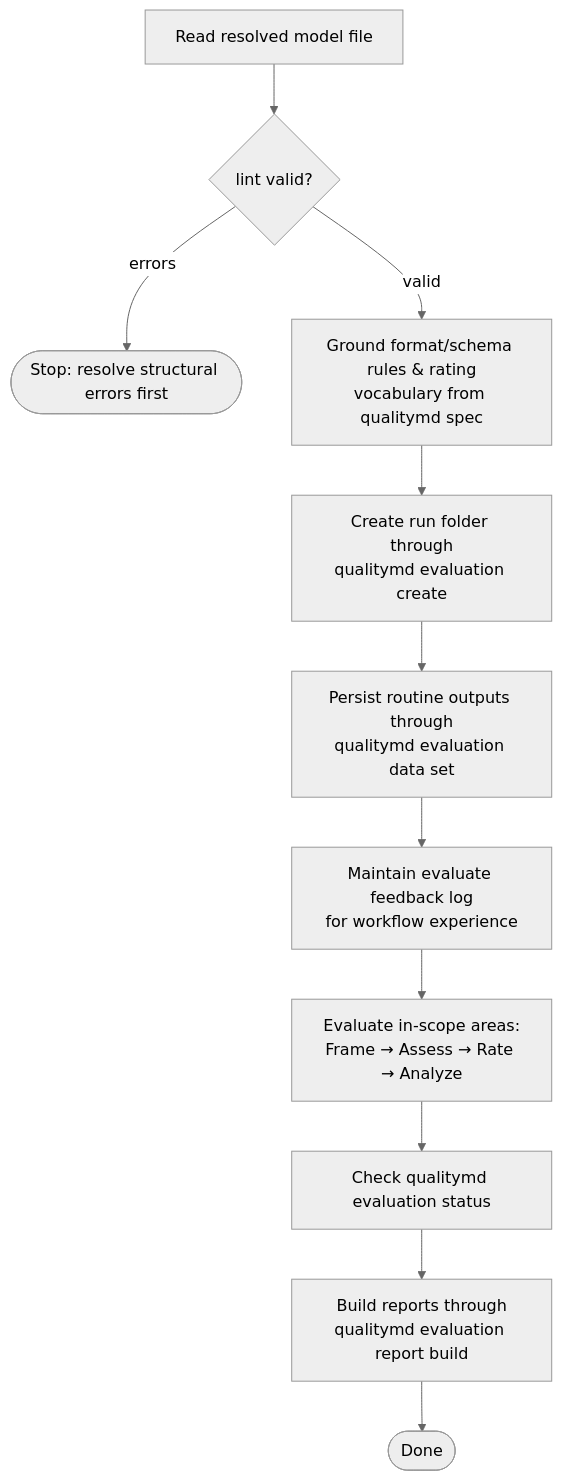
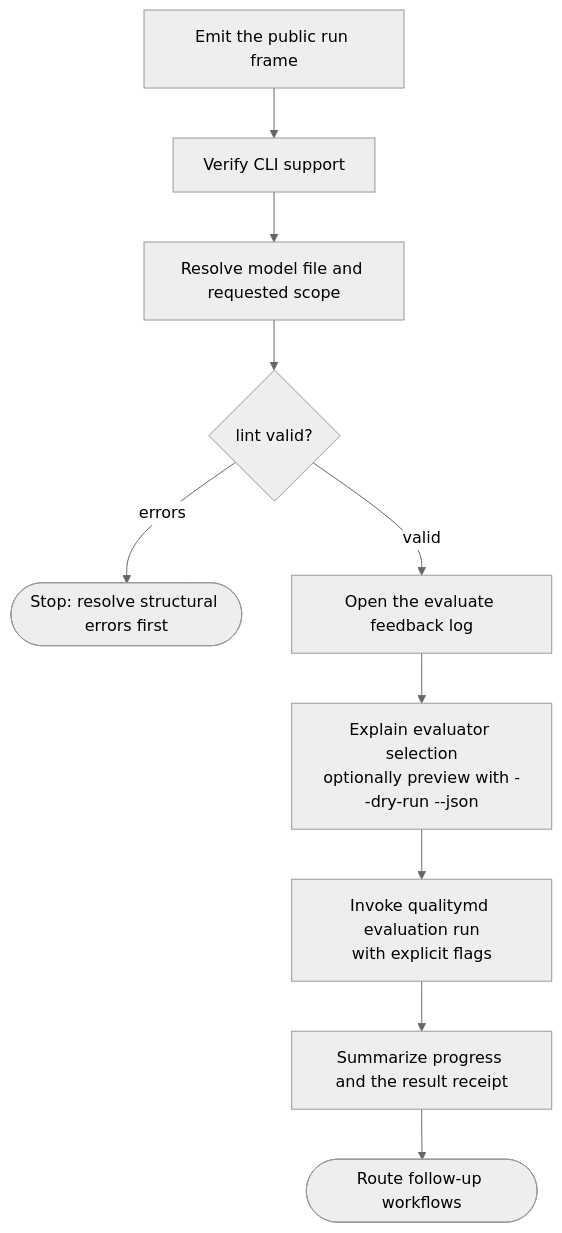
The diagram in specs/skills/quality-skill/evaluation.md (qualitymd/quality.md), drawn with Mermaid (neutral theme) before and after one commit. The commit also changed other lines of this file and 83 other files, not shown here.

````diff
--- a/specs/skills/quality-skill/evaluation.md
+++ b/specs/skills/quality-skill/evaluation.md
@@ -125,13 +147,12 @@
 ```mermaid
 flowchart TD
-    Read[Read resolved model file] --> Lint{lint valid?}
+    Frame[Emit the public run frame] --> Verify[Verify CLI support]
+    Verify --> Resolve[Resolve model file and requested scope]
+    Resolve --> Lint{lint valid?}
     Lint -->|errors| Stop([Stop: resolve structural errors first])
-    Lint -->|valid| Ground[Ground format/schema rules &amp; rating<br/>vocabulary from qualitymd spec]
-    Ground --> Run[Create run folder through<br/>qualitymd evaluation create]
-    Run --> Data[Persist routine outputs through<br/>qualitymd evaluation data set]
-    Data --> Log[Maintain evaluate feedback log<br/>for workflow experience]
-    Log --> Eval[Evaluate in-scope areas:<br/>Frame → Assess → Rate → Analyze]
-    Eval --> Status[Check qualitymd evaluation status]
-    Status --> Report[Build reports through<br/>qualitymd evaluation report build]
-    Report --> Done([Done])
+    Lint -->|valid| Log[Open the evaluate feedback log]
+    Log --> Select[Explain evaluator selection<br/>optionally preview with --dry-run --json]
+    Select --> Run[Invoke qualitymd evaluation run<br/>with explicit flags]
+    Run --> Summarize[Summarize progress and the result receipt]
+    Summarize --> Route([Route follow-up workflows])
 ```
````
